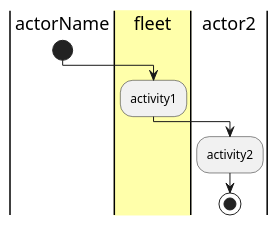
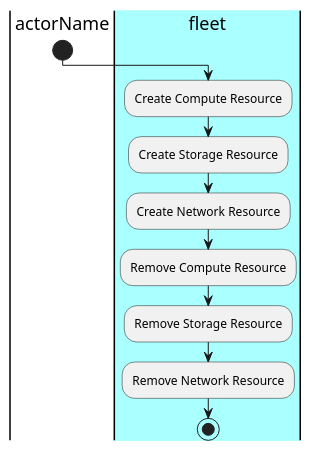
The diagram in docs/UseCases/Manage-Clouds/Activities.puml (CAADE/fleet), drawn with PlantUML before and after one commit. The commit also changed 16 other files, not shown here.

```diff
--- a/docs/UseCases/Manage-Clouds/Activities.puml
+++ b/docs/UseCases/Manage-Clouds/Activities.puml
@@ -1,9 +1,12 @@
 @startuml
 |actorName|
 start
-|#ffffaa|fleet|
-:activity1;
-|actor2|
-:activity2;
+|#aaffff|fleet|
+:Create Compute Resource;
+:Create Storage Resource;
+:Create Network Resource;
+:Remove Compute Resource;
+:Remove Storage Resource;
+:Remove Network Resource;
 stop
 @enduml
```
